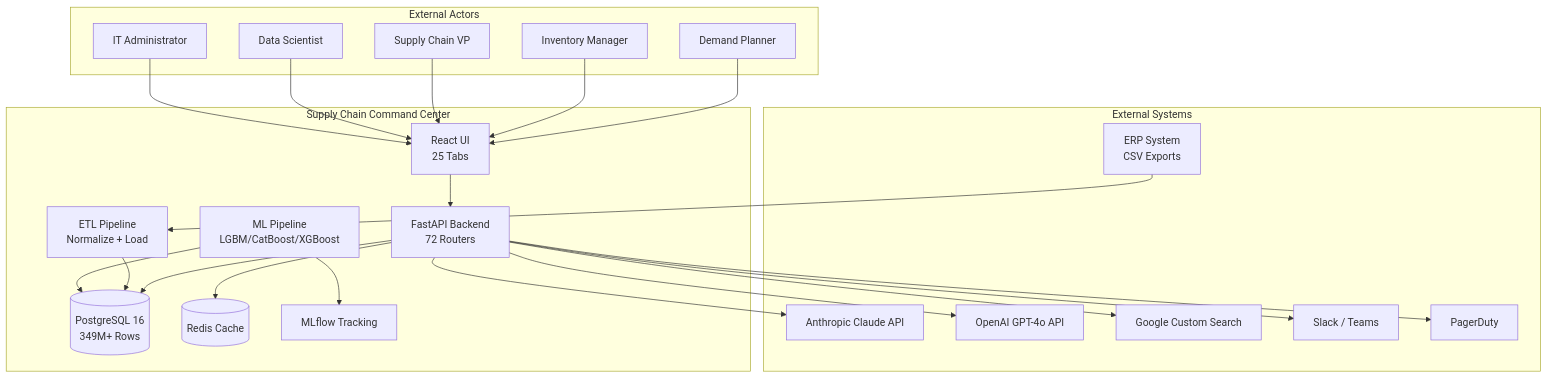
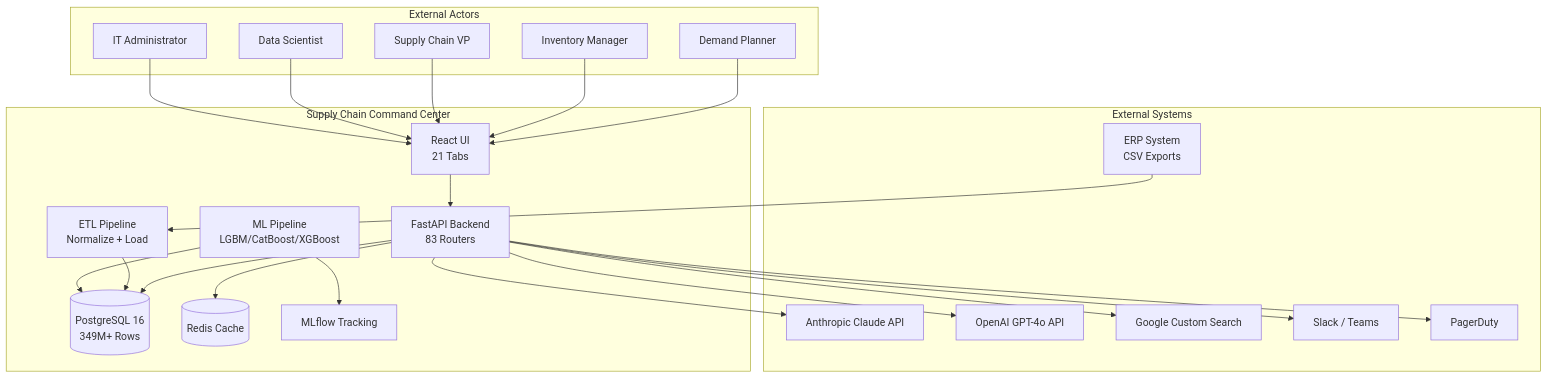
The first of 3 diagrams in docs/ENTERPRISE_ARCHITECTURE.md (chidammano-hash/DemandProject), drawn with Mermaid before and after one commit. The commit also changed other lines of this file and 75 other files, not shown here.

````diff
--- a/docs/ENTERPRISE_ARCHITECTURE.md
+++ b/docs/ENTERPRISE_ARCHITECTURE.md
@@ -72,49 +67,49 @@
 ```mermaid
 graph TB
     subgraph External Actors
         DP[Demand Planner]
         IM[Inventory Manager]
         VP[Supply Chain VP]
         DS[Data Scientist]
         IT[IT Administrator]
     end
 
     subgraph External Systems
         ERP[ERP System<br>CSV Exports]
         CLAUDE[Anthropic Claude API]
         OPENAI[OpenAI GPT-4o API]
         GOOGLE[Google Custom Search]
         SLACK[Slack / Teams]
         PAGER[PagerDuty]
     end
 
     subgraph Supply Chain Command Center
-        UI[React UI<br>25 Tabs]
-        API[FastAPI Backend<br>72 Routers]
+        UI[React UI<br>21 Tabs]
+        API[FastAPI Backend<br>83 Routers]
         ML[ML Pipeline<br>LGBM/CatBoost/XGBoost]
         ETL[ETL Pipeline<br>Normalize + Load]
         DB[(PostgreSQL 16<br>349M+ Rows)]
         CACHE[(Redis Cache)]
         MLFLOW[MLflow Tracking]
     end
 
     DP --> UI
     IM --> UI
     VP --> UI
     DS --> UI
     IT --> UI
 
     UI --> API
     API --> DB
     API --> CACHE
     API --> CLAUDE
     API --> OPENAI
     API --> GOOGLE
     API --> SLACK
     API --> PAGER
 
     ERP --> ETL
     ETL --> DB
     ML --> DB
     ML --> MLFLOW
 ```
````
